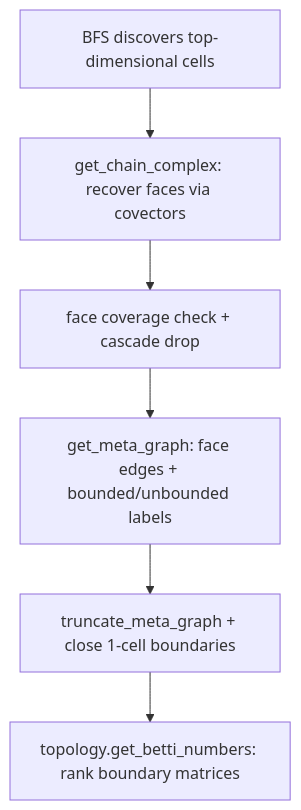
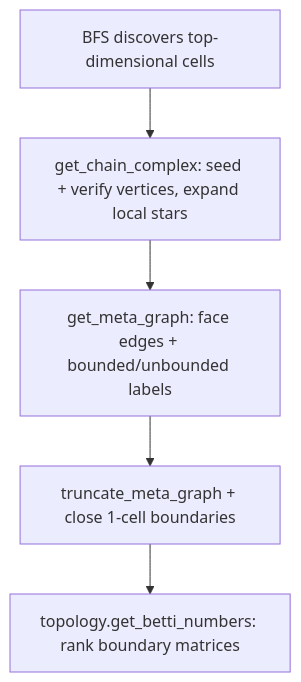
One commit to bl-ake/relucent changed the diagram in docs/betti_computation.md. Above: the diagram before and after it, drawn with Mermaid. The commit also changed other lines of this file and 18 other files, not shown here.

````diff
--- a/docs/betti_computation.md
+++ b/docs/betti_computation.md
@@ -26,11 +26,10 @@
 ```mermaid
 flowchart TD
     search["BFS discovers top-dimensional cells"]
-    chain["get_chain_complex: recover faces via covectors"]
-    cover["face coverage check + cascade drop"]
+    chain["get_chain_complex: seed + verify vertices, expand local stars"]
     meta["get_meta_graph: face edges + bounded/unbounded labels"]
     trunc["truncate_meta_graph + close 1-cell boundaries"]
     rank["topology.get_betti_numbers: rank boundary matrices"]
 
-    search --> chain --> cover --> meta --> trunc --> rank
+    search --> chain --> meta --> trunc --> rank
 ```
````
